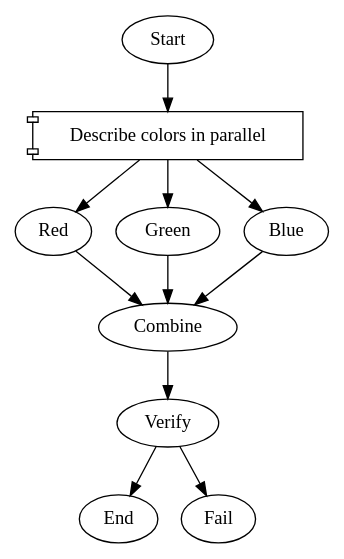
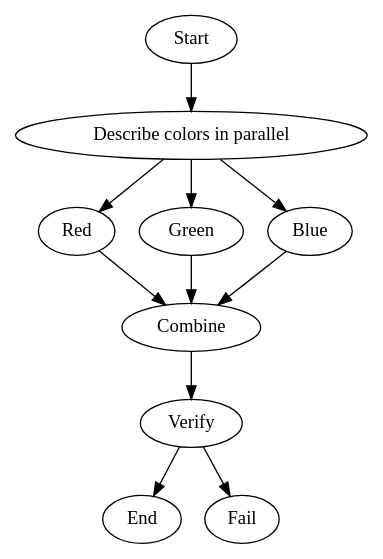
Before and after one commit to stencila/stencila: the diagram in .stencila/workflows/test-fan-out-fan-in/WORKFLOW.md, drawn with Graphviz. The commit also changed other lines of this file and 1 other file, not shown here.

Commit message:
test(workflows): update to use new names and sugar

````diff
--- a/.stencila/workflows/test-fan-out-fan-in/WORKFLOW.md
+++ b/.stencila/workflows/test-fan-out-fan-in/WORKFLOW.md
@@ -8,27 +8,27 @@
 ```dot
 digraph FanOutFanIn {
     graph [goal="Describe three primary colors and combine them"]
 
     Start -> FanOut
     FanOut -> Red
     FanOut -> Green
     FanOut -> Blue
     Red -> Combine
     Green -> Combine
     Blue -> Combine
     Combine -> Verify
-    Verify -> End  [condition="context.last_response=yes"]
+    Verify -> End  [condition="context.last_output=yes"]
     Verify -> Fail
 
-    FanOut  [shape=component, label="Describe colors in parallel"]
+    FanOut  [label="Describe colors in parallel"]
     Red     [prompt="Reply with ONLY one word: the name of the color with hex code #FF0000"]
     Green   [prompt="Reply with ONLY one word: the name of the color with hex code #00FF00"]
     Blue    [prompt="Reply with ONLY one word: the name of the color with hex code #0000FF"]
 
-    Combine [prompt="List the three colors from the previous responses as a comma-separated list, e.g. red, green, blue. Reply with ONLY the list, nothing else."]
+    Combine [prompt="List the three colors from the previous stages as a comma-separated list, e.g. pink, brown, orange. Reply with ONLY the list, nothing else."]
 
-    Verify  [prompt="Does $last_response contain exactly three color names? Reply with ONLY yes or no in lowercase, nothing else."]
+    Verify  [prompt="Does '$last_output' contain exactly three color names? Reply with ONLY yes or no in lowercase, nothing else."]
 
     Fail
 }
 ```
````
